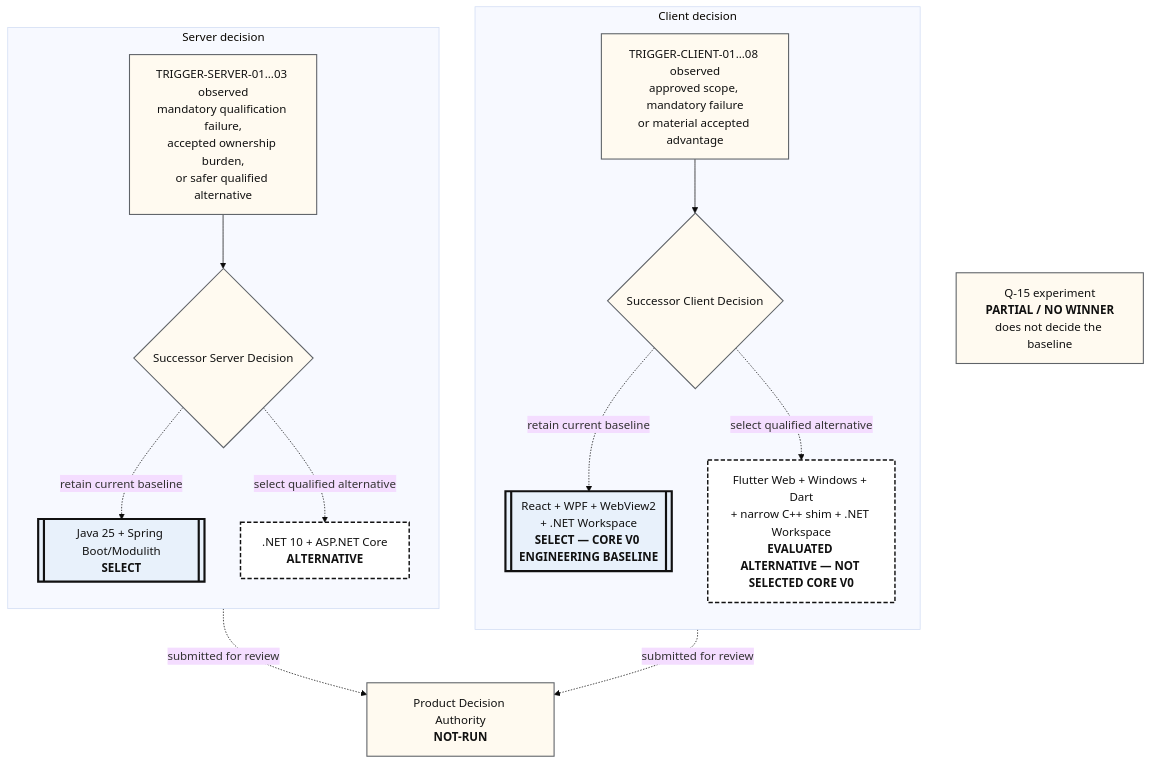
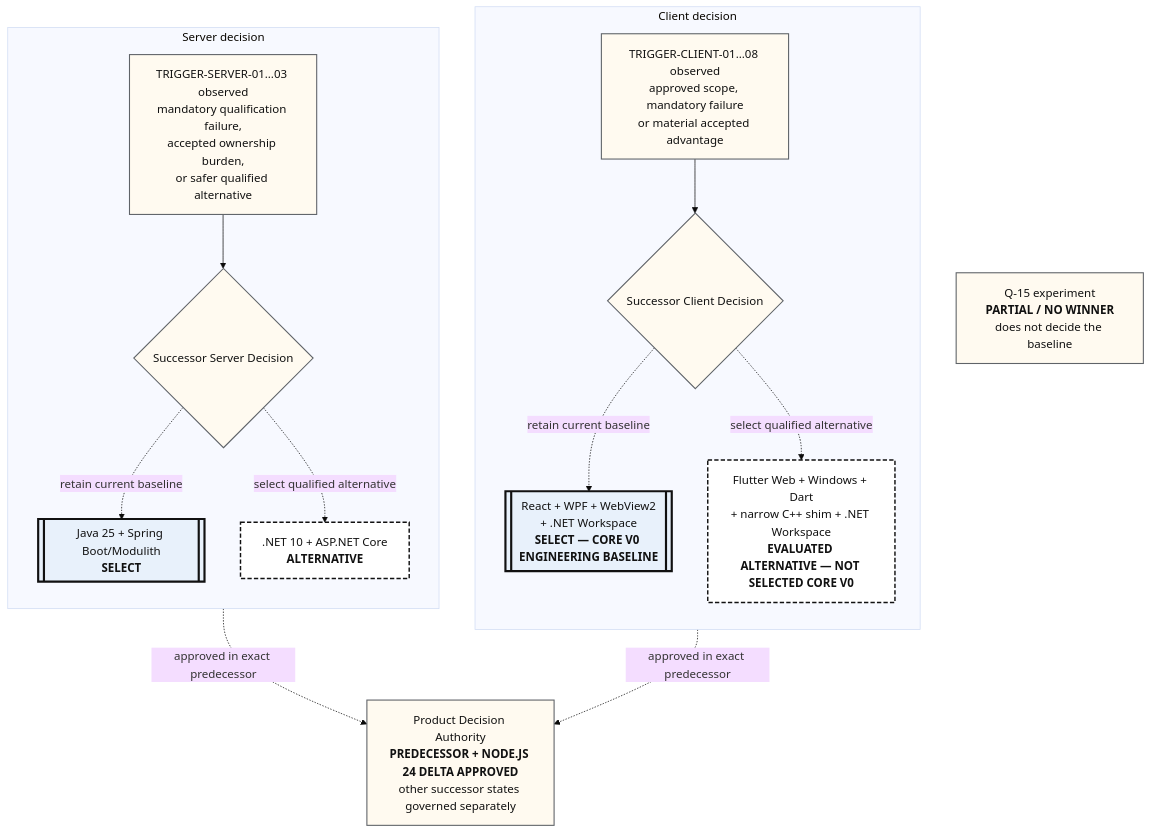
The eighth of 8 diagrams in docs/product/instances/idea-engineering/technology/IDEA-core-v0-technology-architecture-views.md (devphuclam/IDEAEngineering), drawn with Mermaid (base theme) before and after one commit. The commit also changed other lines of this file and 82 other files, not shown here.

````diff
--- a/docs/product/instances/idea-engineering/technology/IDEA-core-v0-technology-architecture-views.md
+++ b/docs/product/instances/idea-engineering/technology/IDEA-core-v0-technology-architecture-views.md
@@ -517,40 +523,40 @@
 ```mermaid
 flowchart TB
     accTitle: Core v0 technology decisions and controlled reopen paths
-    accDescr: Engineering selects React WPF WebView2 and dotnet Workspace for the Core v0 client and Java Spring for the Server. A Client or Server trigger opens a successor decision. That decision may retain the current baseline or select the corresponding qualified alternative; the trigger does not predetermine the result. Q15 remains partial with no winner and Product Decision Authority approval remains not run.
+    accDescr: Engineering selects React WPF WebView2 and dotnet Workspace for the Core v0 client and Java Spring for the Server. The exact predecessor baseline and Node.js 24 Web build delta are Product Decision Authority approved; other successor states follow separate records. A Client or Server trigger opens a successor decision and does not predetermine its result. Q15 remains partial with no winner.
 
     Q15[Q-15 experiment<br/><b>PARTIAL / NO WINNER</b><br/>does not decide the baseline]
 
     subgraph Client[Client decision]
       direction TB
       A[[React + WPF + WebView2<br/>+ .NET Workspace<br/><b>SELECT — CORE V0 ENGINEERING BASELINE</b>]]
       B[Flutter Web + Windows + Dart<br/>+ narrow C++ shim + .NET Workspace<br/><b>EVALUATED ALTERNATIVE — NOT SELECTED CORE V0</b>]
       ClientTrigger[TRIGGER-CLIENT-01…08 observed<br/>approved scope, mandatory failure<br/>or material accepted advantage]
       ClientDecision{Successor Client Decision}
       ClientTrigger --> ClientDecision
       ClientDecision -. retain current baseline .-> A
       ClientDecision -. select qualified alternative .-> B
     end
 
     subgraph Server[Server decision]
       direction TB
       J[[Java 25 + Spring Boot/Modulith<br/><b>SELECT</b>]]
       N[.NET 10 + ASP.NET Core<br/><b>ALTERNATIVE</b>]
       ServerTrigger[TRIGGER-SERVER-01…03 observed<br/>mandatory qualification failure,<br/>accepted ownership burden,<br/>or safer qualified alternative]
       ServerDecision{Successor Server Decision}
       ServerTrigger --> ServerDecision
       ServerDecision -. retain current baseline .-> J
       ServerDecision -. select qualified alternative .-> N
     end
 
-    PDA[Product Decision Authority<br/><b>NOT-RUN</b>]
-    A -. submitted for review .-> PDA
-    J -. submitted for review .-> PDA
+    PDA[Product Decision Authority<br/><b>PREDECESSOR + NODE.JS 24 DELTA APPROVED</b><br/>other successor states governed separately]
+    A -. approved in exact predecessor .-> PDA
+    J -. approved in exact predecessor .-> PDA
 
     classDef selected fill:#e8f1fb,stroke:#111,stroke-width:3px,color:#111;
     classDef alternative fill:#fff,stroke:#111,stroke-width:2px,stroke-dasharray:6 3,color:#111;
     classDef state fill:#fffaf0,stroke:#5f6368,stroke-width:1.5px,color:#111;
     class A,J selected;
     class B,N alternative;
     class Q15,ClientTrigger,ClientDecision,ServerTrigger,ServerDecision,PDA state;
 ```
````
